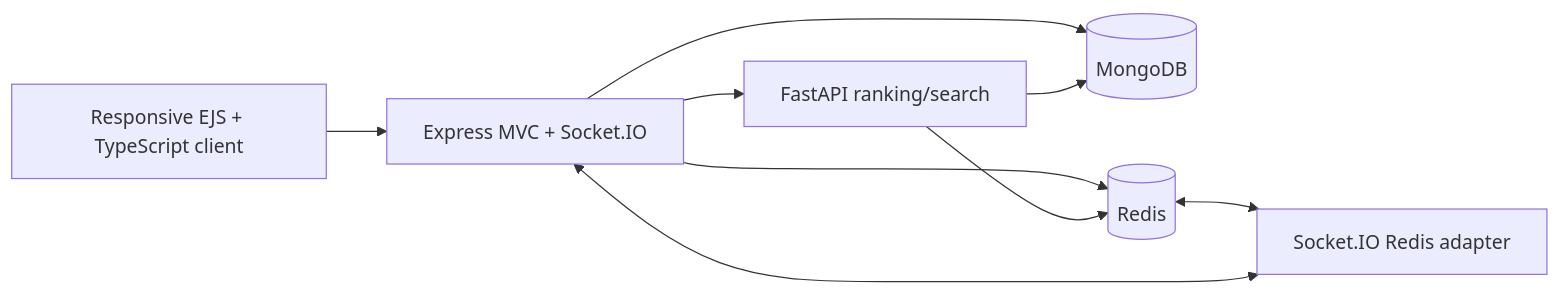
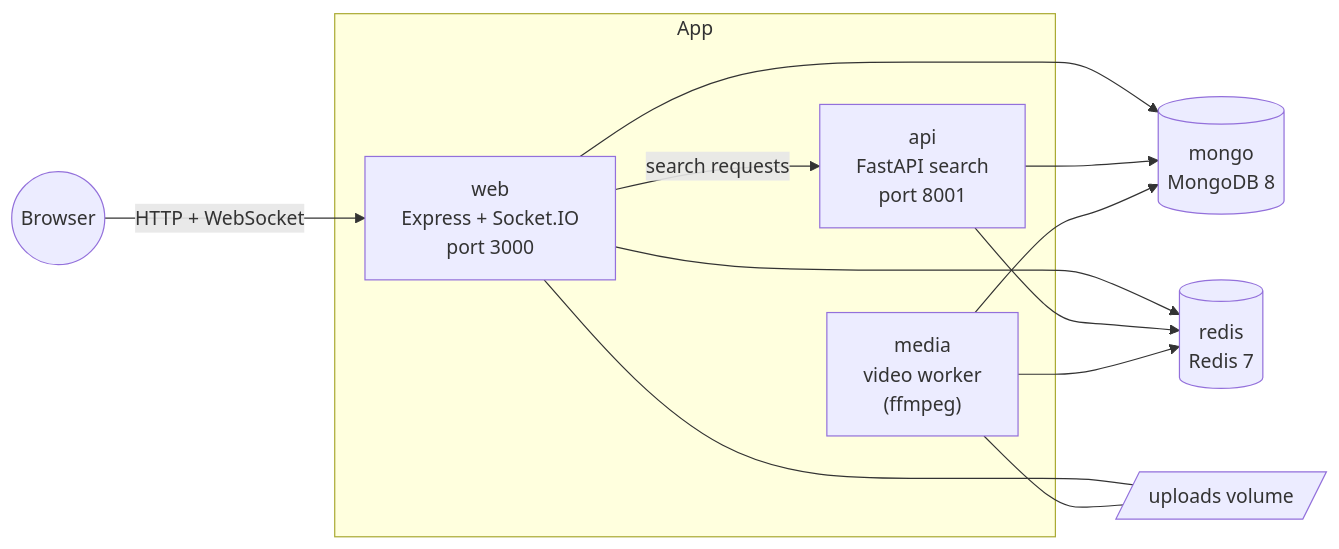
Before and after one commit to AkioCkist/Oremus: the first of 5 diagrams in docs/ARCHITECTURE.md, drawn with Mermaid. The commit also changed other lines of this file and 20 other files, not shown here.

````diff
--- a/docs/ARCHITECTURE.md
+++ b/docs/ARCHITECTURE.md
@@ -5,11 +9,23 @@
 ```mermaid
 flowchart LR
-  Browser[Responsive EJS + TypeScript client] --> Web[Express MVC + Socket.IO]
-  Web --> Mongo[(MongoDB)]
-  Web --> Redis[(Redis)]
-  Web --> API[FastAPI ranking/search]
-  API --> Mongo
-  API --> Redis
-  Redis <--> Socket[Socket.IO Redis adapter]
-  Socket <--> Web
+  User((Browser))
+  subgraph App
+    Web["web<br/>Express + Socket.IO<br/>port 3000"]
+    Media["media<br/>video worker<br/>(ffmpeg)"]
+    Api["api<br/>FastAPI search<br/>port 8001"]
+  end
+  Mongo[("mongo<br/>MongoDB 8")]
+  Redis[("redis<br/>Redis 7")]
+  Uploads[/"uploads volume"/]
+
+  User -- "HTTP + WebSocket" --> Web
+  Web -- "search requests" --> Api
+  Web --> Mongo
+  Web --> Redis
+  Api --> Mongo
+  Api --> Redis
+  Media --> Mongo
+  Media --> Redis
+  Web --- Uploads
+  Media --- Uploads
 ```
````
